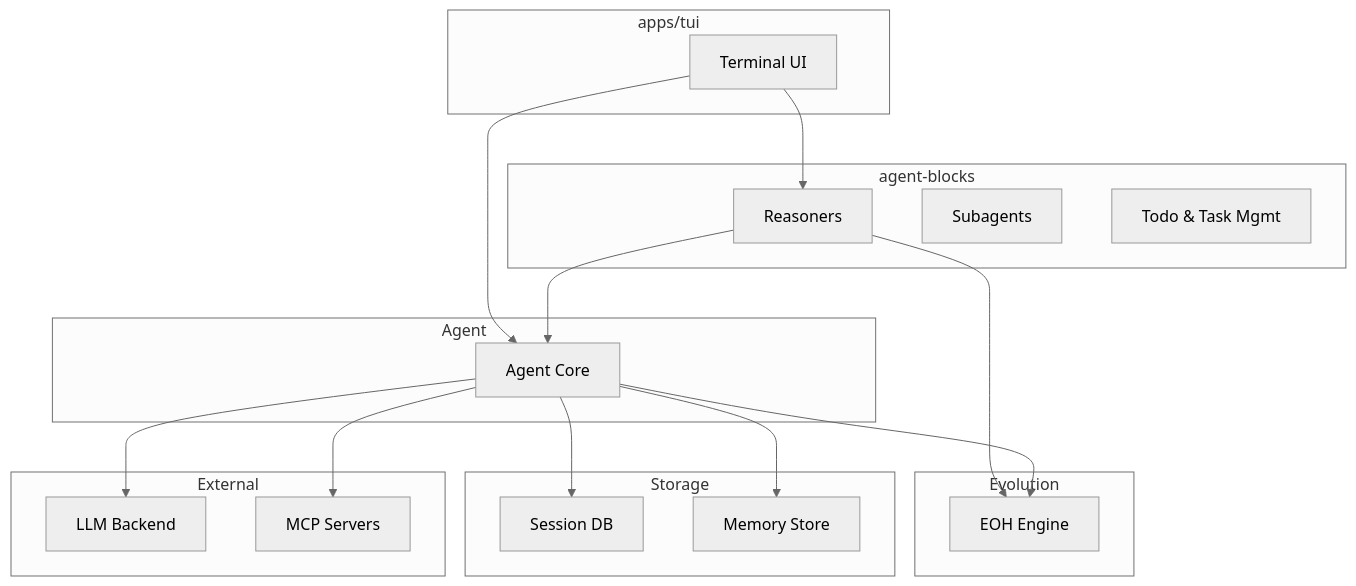
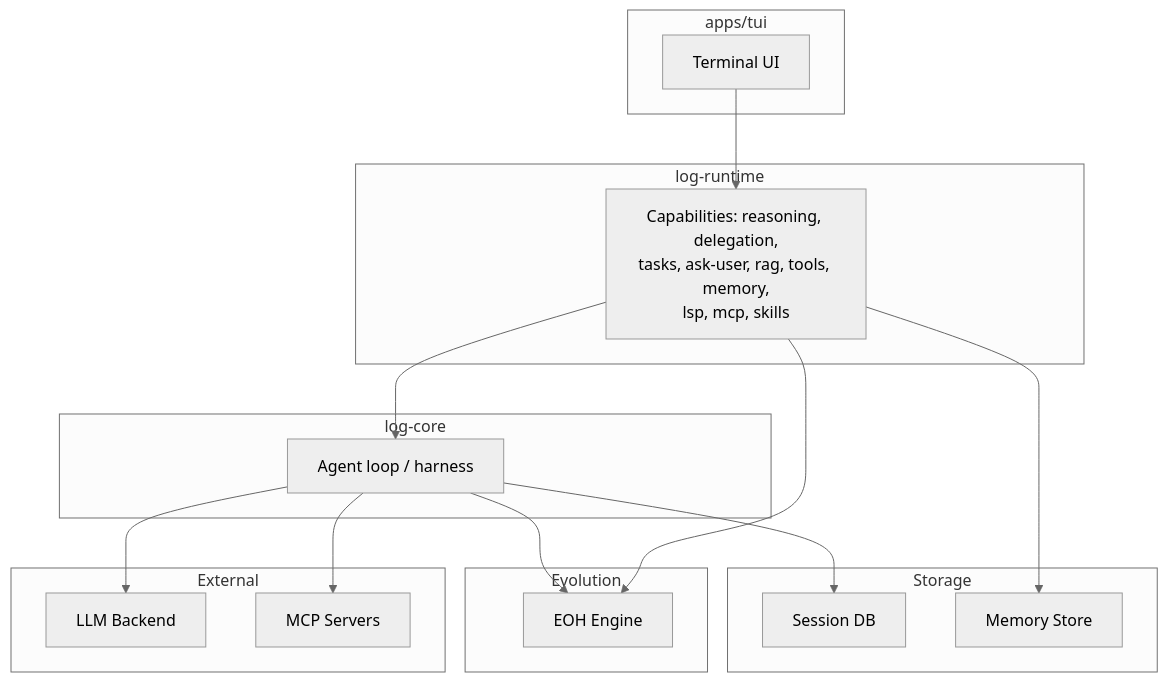
The diagram in docs/overview.md (lseman/logician), drawn with Mermaid (neutral theme) before and after one commit. The commit also changed other lines of this file and 13 other files, not shown here.

First line of the commit message:
docs: update docs and architecture site for log-* package rename

````diff
--- a/docs/overview.md
+++ b/docs/overview.md
@@ -19,35 +19,32 @@
 ```mermaid
 graph TB
   subgraph TUI["apps/tui"]
     A[Terminal UI]
   end
-  subgraph Agent
-    C[Agent Core]
+  subgraph Core["log-core"]
+    C[Agent loop / harness]
   end
-  subgraph Capabilities["agent-blocks"]
-    D[Reasoners]
-    E[Subagents]
-    F[Todo & Task Mgmt]
+  subgraph Runtime["log-runtime"]
+    D[Capabilities: reasoning, delegation,<br/>tasks, ask-user, rag, tools, memory,<br/>lsp, mcp, skills]
   end
   subgraph Evolution
     G[EOH Engine]
   end
   subgraph Storage
     H[Session DB]
     I[Memory Store]
   end
   subgraph External
     J[LLM Backend]
     K[MCP Servers]
   end
 
-  A --> C
-  C --> J
   A --> D
   D --> C
+  C --> J
   D --> G
   C --> G
   C --> H
-  C --> I
+  D --> I
   C --> K
 ```
````
